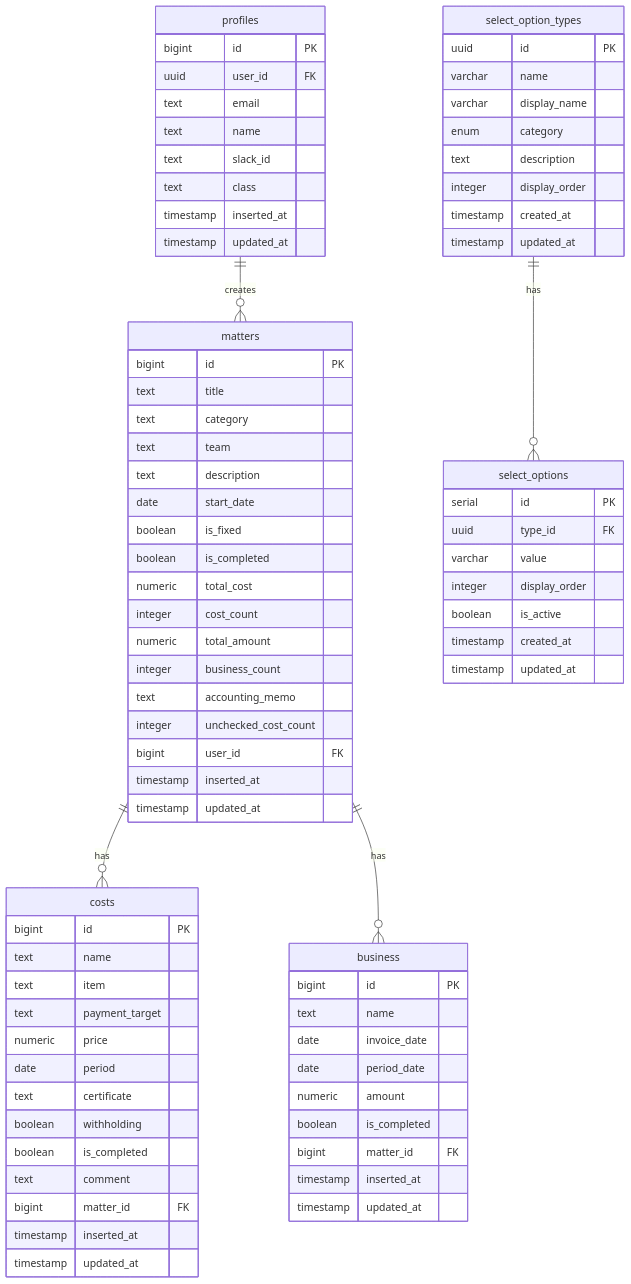
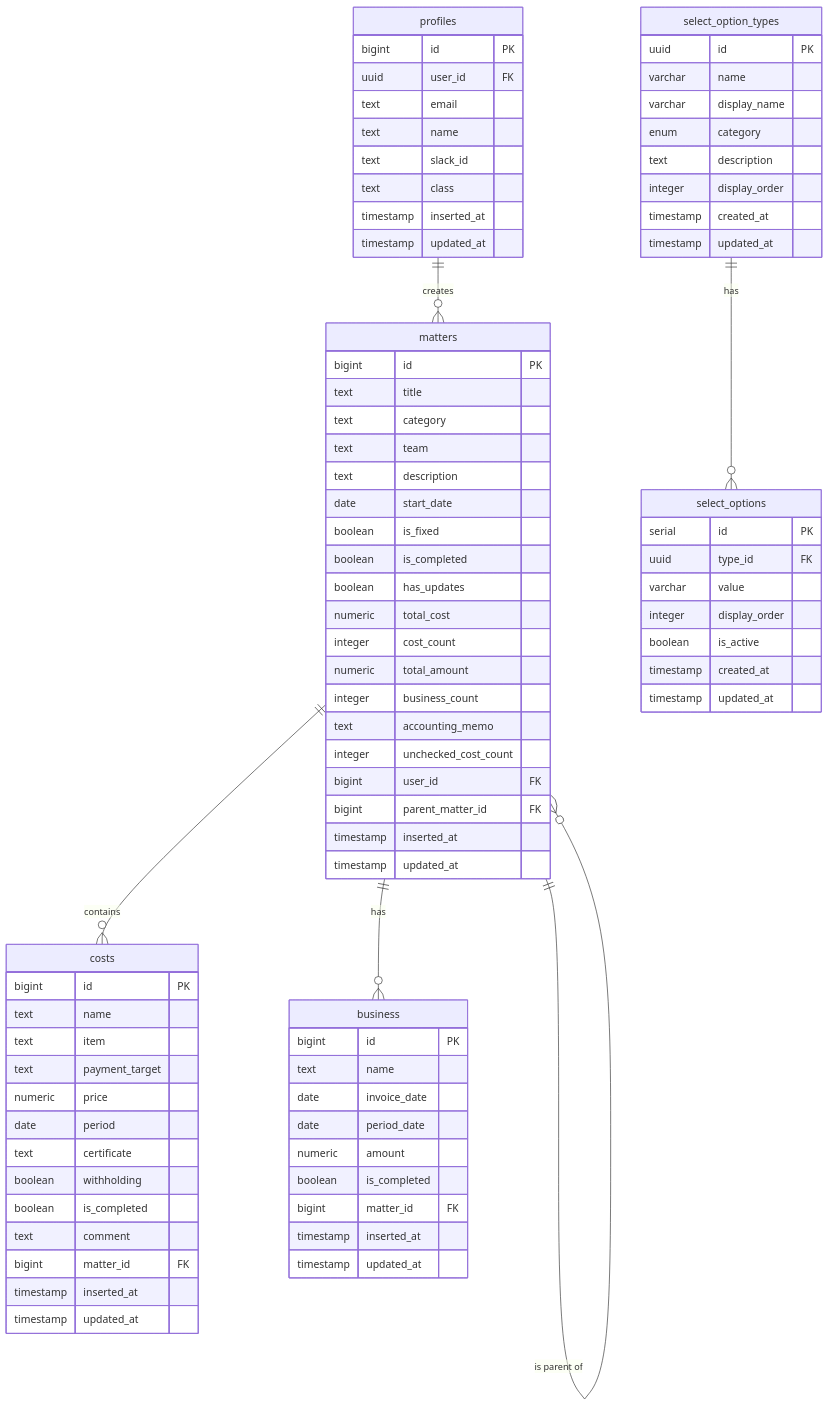
The diagram in docs/database.md (Singuralitylabs/accounting-system), drawn with Mermaid before and after one commit. The commit also changed other lines of this file and 2 other files, not shown here.

````diff
--- a/docs/database.md
+++ b/docs/database.md
@@ -478,8 +522,9 @@
 ```mermaid
 erDiagram
     profiles ||--o{ matters : "creates"
-    matters ||--o{ costs : "has"
+    matters ||--o{ costs : "contains"
     matters ||--o{ business : "has"
+    matters ||--o{ matters : "is parent of"
     select_option_types ||--o{ select_options : "has"
 
     profiles {
@@ -502,6 +547,7 @@
         date start_date
         boolean is_fixed
         boolean is_completed
+        boolean has_updates
         numeric total_cost
         integer cost_count
         numeric total_amount
@@ -509,6 +555,7 @@
         text accounting_memo
         integer unchecked_cost_count
         bigint user_id FK
+        bigint parent_matter_id FK
         timestamp inserted_at
         timestamp updated_at
     }
````
